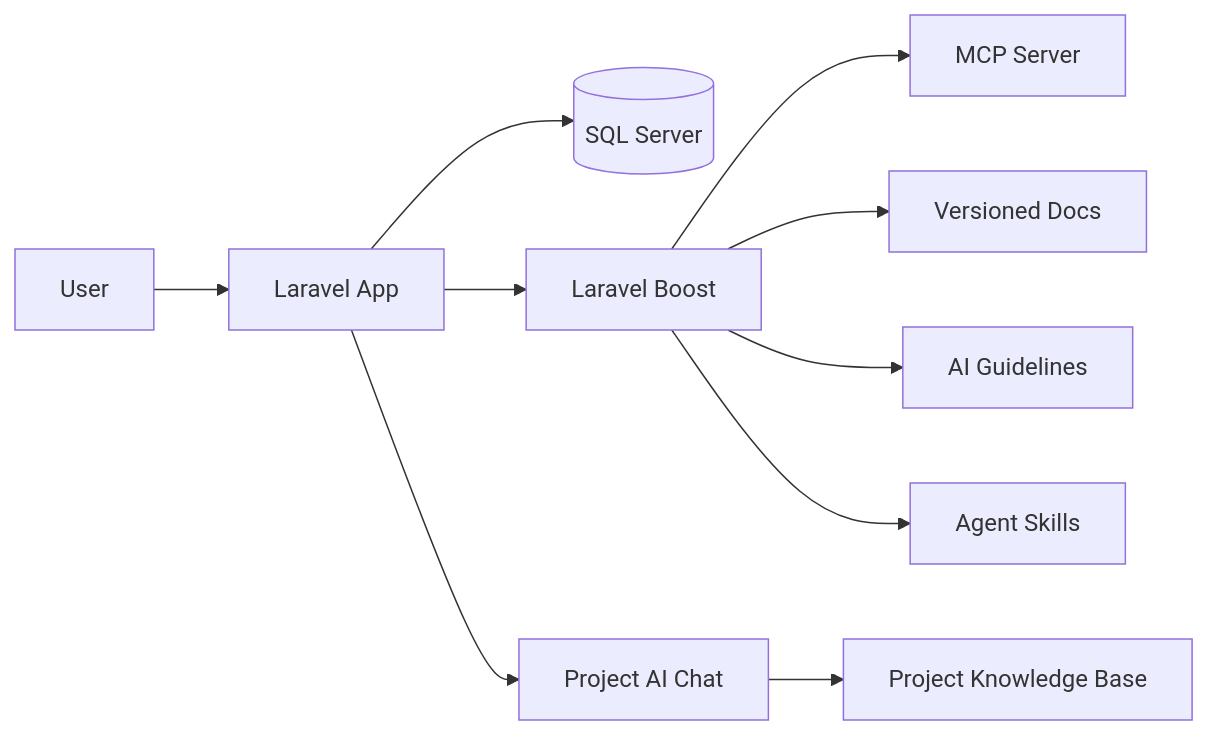
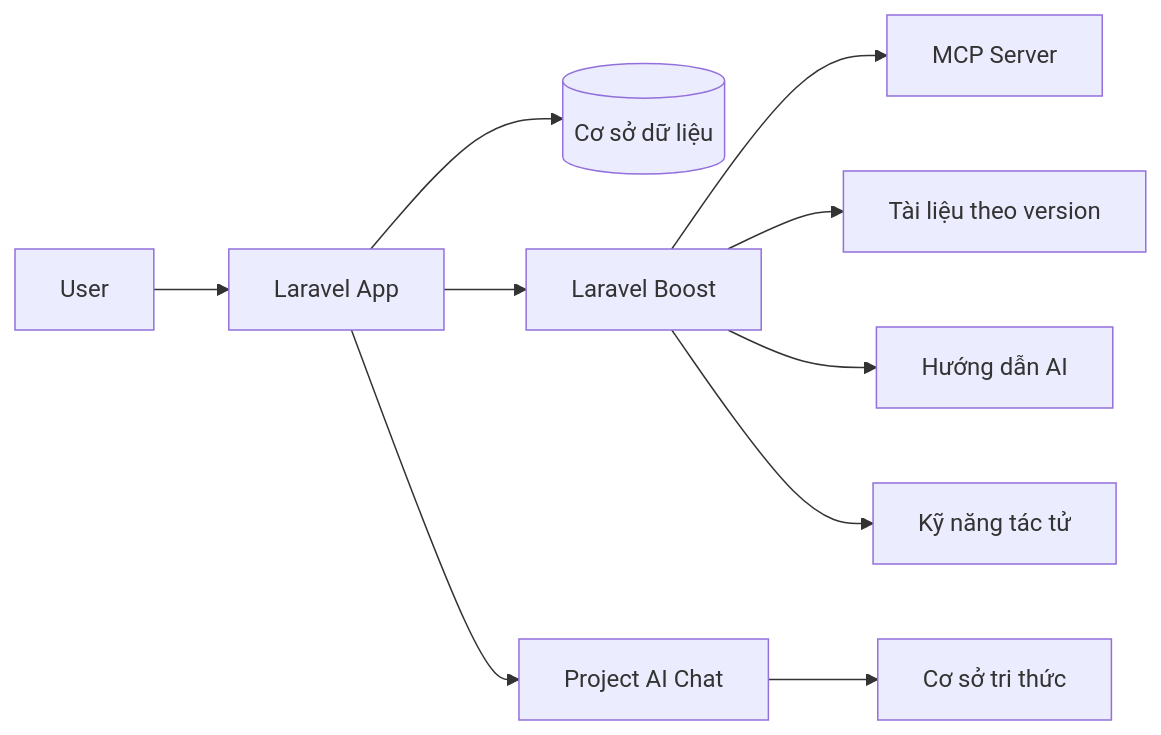
One commit to AidanVo02/Seminar-Manager_Seminar_Web_SDFramework changed the diagram in docs/LARAVEL_BOOST_SEMINAR_GUIDE.md. Above: the diagram before and after it, drawn with Mermaid. The commit also changed other lines of this file and 81 other files, not shown here.

````diff
--- a/docs/LARAVEL_BOOST_SEMINAR_GUIDE.md
+++ b/docs/LARAVEL_BOOST_SEMINAR_GUIDE.md
@@ -149,12 +86,12 @@
 ```mermaid
 flowchart LR
     User --> Laravel[Laravel App]
-    Laravel --> DB[(SQL Server)]
+    Laravel --> DB[(Cơ sở dữ liệu)]
     Laravel --> Boost[Laravel Boost]
     Boost --> MCP[MCP Server]
-    Boost --> Docs[Versioned Docs]
-    Boost --> Guidelines[AI Guidelines]
-    Boost --> Skills[Agent Skills]
+    Boost --> Docs[Tài liệu theo version]
+    Boost --> Guidelines[Hướng dẫn AI]
+    Boost --> Skills[Kỹ năng tác tử]
     Laravel --> AIChat[Project AI Chat]
-    AIChat --> Knowledge[Project Knowledge Base]
+    AIChat --> KB[Cơ sở tri thức]
 ```
````
